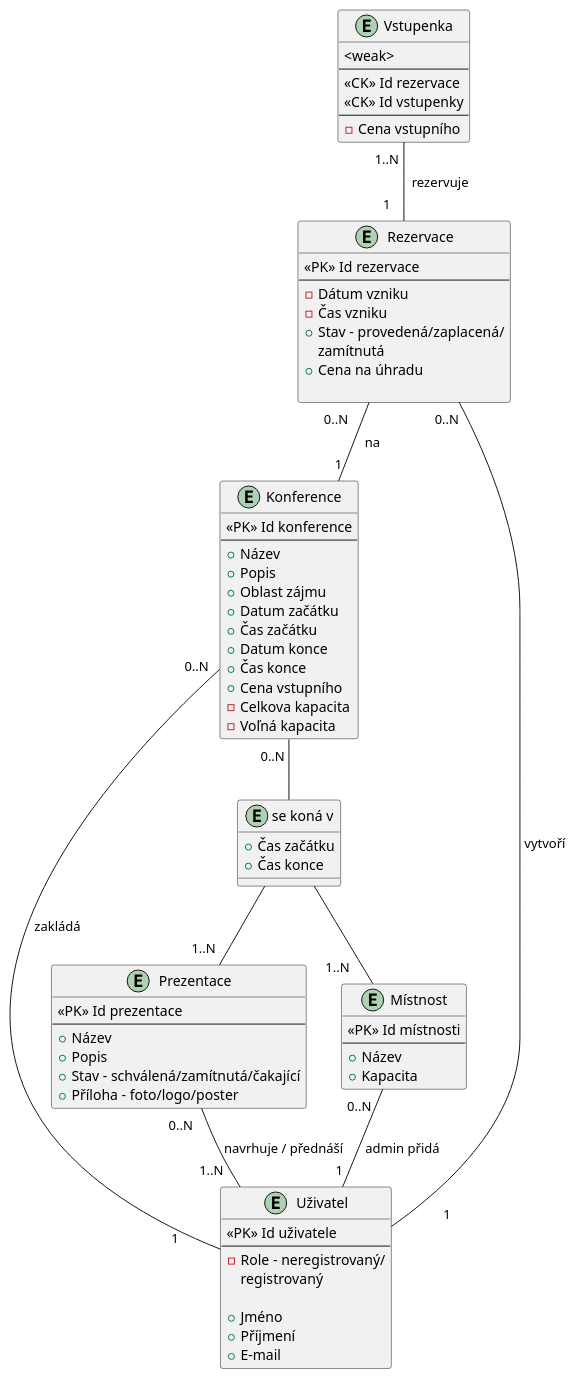
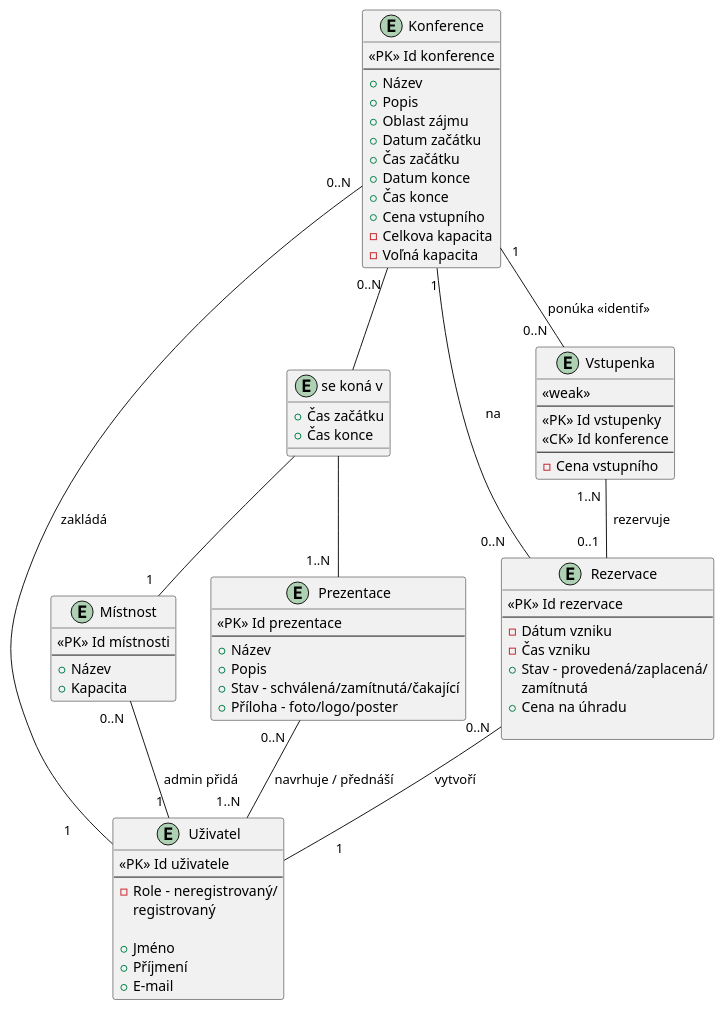
Before and after one commit to Doly02/iis-proj: the diagram in doc/ERD-puml/erd.puml, drawn with PlantUML.

Commit message:
[DOC] Update ERD, edit cardinalities, add relation between Ticket--Reservation

```diff
--- a/doc/ERD-puml/erd.puml
+++ b/doc/ERD-puml/erd.puml
@@ -1,82 +1,83 @@
 @startuml er
 
 entity "Konference" {
     <<PK>> Id konference
     ---
     + Název
     + Popis
     + Oblast zájmu
     + Datum začátku
     + Čas začátku
     + Datum konce
     + Čas konce
     + Cena vstupního
     - Celkova kapacita
     - Voľná kapacita
 }
 
 entity "Prezentace" {
     <<PK>> Id prezentace
     ---
     + Název
     + Popis
     + Stav - schválená/zamítnutá/čakající
     + Příloha - foto/logo/poster
 }
 
 entity "Rezervace" {
     <<PK>> Id rezervace
     ---
     - Dátum vzniku
     - Čas vzniku
     + Stav - provedená/zaplacená/
              zamítnutá
     + Cena na úhradu
 
 }
 
 entity "Vstupenka" {
-    <weak>
+    << weak >>
     ---
-    <<CK>> Id rezervace
-    <<CK>> Id vstupenky
+    <<PK>> Id vstupenky
+    <<CK>> Id konference
     ---
     - Cena vstupního
 }
 
 
 entity "Uživatel" {
     <<PK>> Id uživatele
     ---
     - Role - neregistrovaný/
             registrovaný
 
     + Jméno
     + Příjmení
     + E-mail
 }
 
 entity "Místnost" {
     <<PK>> Id místnosti
     ---
     + Název
     + Kapacita
 }
 
 entity "se koná v" {
     + Čas začátku
     + Čas konce
 }
 
 "Konference" " 0..N " -- "se koná v"
-"se koná v" -- "  1..N     " "Místnost"
+"Konference" " 1" -- "0..N   " "Vstupenka" : " ponúka << identif >>"
+"se koná v" -- "  1   " "Místnost"
 "se koná v" -- " 1..N  " "Prezentace"
 "Prezentace" " 0..N   " -- " 1..N   " "Uživatel" : "navrhuje / přednáší "
 "Konference" " 0..N " -- "1          " "Uživatel" : " zakládá "
 "Rezervace" " 0..N " -- "             1 " "Uživatel" : " vytvoří "
-"Rezervace" " 0..N     " -- "    1" "Konference" : "  na"
-"Vstupenka" " 1..N " -- "1    " "Rezervace" : "  rezervuje"
+"Rezervace" " 0..N     " -- "    1" "Konference" : "na     "
+"Vstupenka" " 1..N " -- "0..1  " "Rezervace" : "  rezervuje"
 "Místnost" " 0..N  "  -- "1 " "Uživatel" : " admin přidá"
 
 
 @enduml
```
